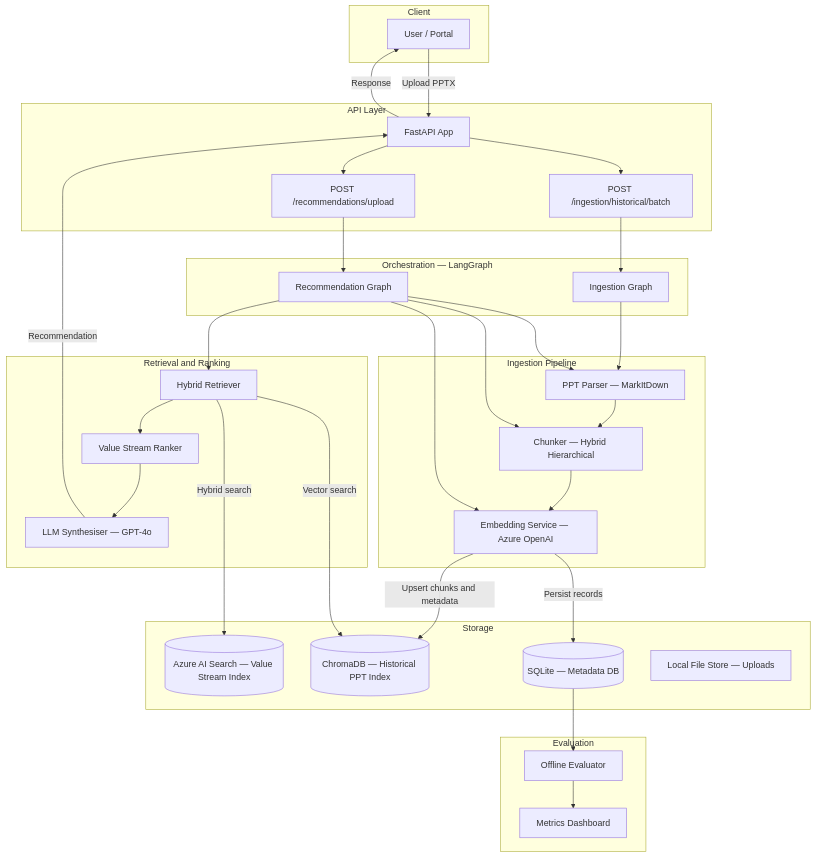
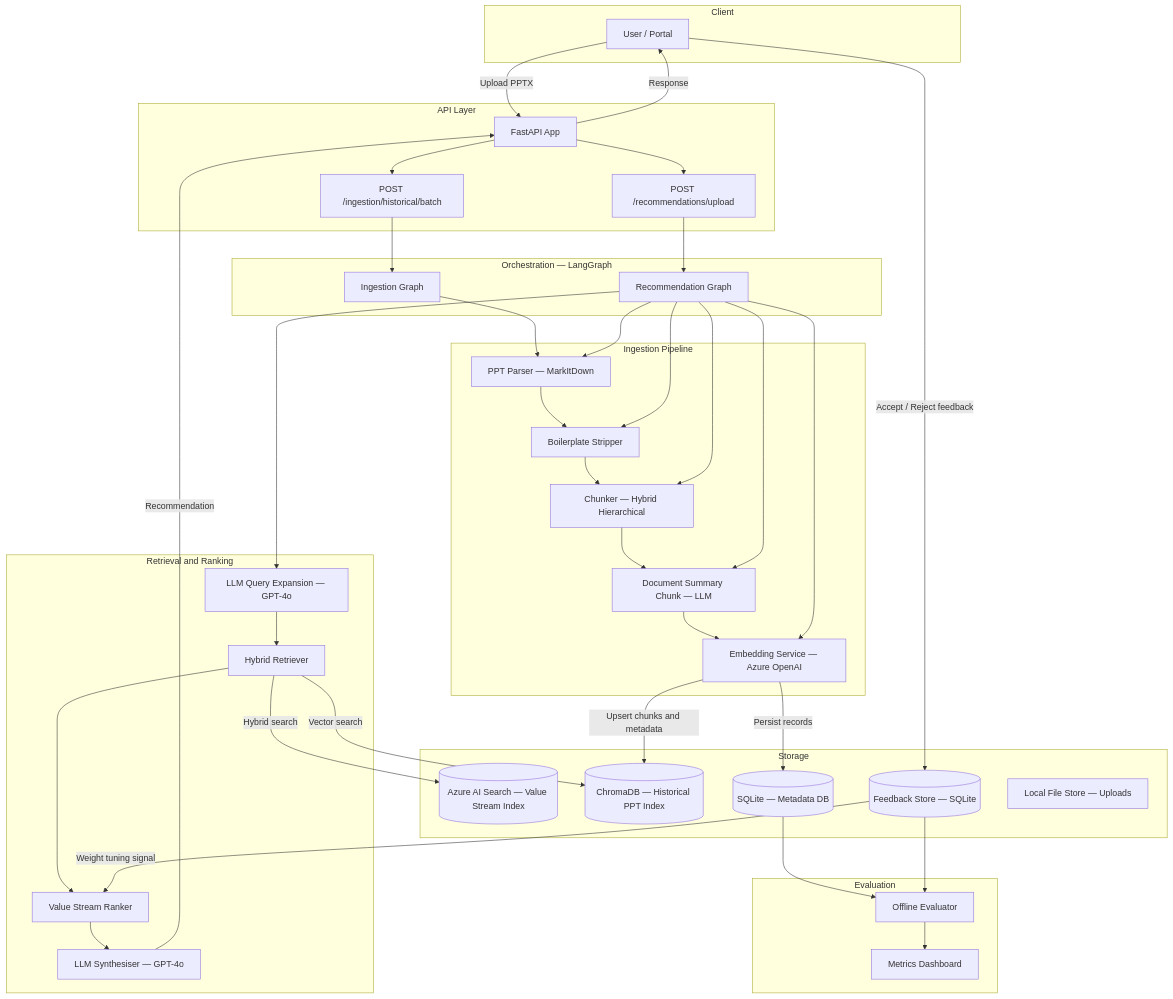
One commit to Soul-Eater69/value-stream-rag changed the first of 8 diagrams in docs/ARCHITECTURE.md. Above: the diagram before and after it, drawn with Mermaid. The commit also changed other lines of this file, not shown here.

First line of the commit message:
docs: incorporate architecture review feedback into ARCHITECTURE.md

````diff
--- a/docs/ARCHITECTURE.md
+++ b/docs/ARCHITECTURE.md
@@ -119,63 +119,72 @@
 ```mermaid
 graph TB
     subgraph Client
         U["User / Portal"]
     end
 
     subgraph API_Layer["API Layer"]
         FA["FastAPI App"]
         RR["POST /recommendations/upload"]
         IR["POST /ingestion/historical/batch"]
     end
 
     subgraph Orchestration_LangGraph["Orchestration — LangGraph"]
         IG["Ingestion Graph"]
         RG["Recommendation Graph"]
     end
 
     subgraph Ingestion_Pipeline["Ingestion Pipeline"]
         PP["PPT Parser — MarkItDown"]
+        PREPROC["Boilerplate Stripper"]
         CH["Chunker — Hybrid Hierarchical"]
+        SUMCHUNK["Document Summary Chunk — LLM"]
         EMB["Embedding Service — Azure OpenAI"]
     end
 
     subgraph Storage
         AZS[("Azure AI Search — Value Stream Index")]
         CDB[("ChromaDB — Historical PPT Index")]
         SDB[("SQLite — Metadata DB")]
+        FB[("Feedback Store — SQLite")]
         FS["Local File Store — Uploads"]
     end
 
     subgraph Retrieval_Ranking["Retrieval and Ranking"]
+        QE["LLM Query Expansion — GPT-4o"]
         HYB["Hybrid Retriever"]
         RNK["Value Stream Ranker"]
         SYN["LLM Synthesiser — GPT-4o"]
     end
 
     subgraph Evaluation
         EVL["Offline Evaluator"]
         DASH["Metrics Dashboard"]
     end
 
     U -->|"Upload PPTX"| FA
     FA --> RR --> RG
     FA --> IR --> IG
 
-    IG --> PP --> CH --> EMB
+    IG --> PP --> PREPROC --> CH --> SUMCHUNK --> EMB
     EMB -->|"Upsert chunks and metadata"| CDB
     EMB -->|"Persist records"| SDB
 
     RG --> PP
+    RG --> PREPROC
     RG --> CH
+    RG --> SUMCHUNK
     RG --> EMB
-    RG --> HYB
+    RG --> QE --> HYB
 
     HYB -->|"Hybrid search"| AZS
     HYB -->|"Vector search"| CDB
     HYB --> RNK --> SYN
 
     SYN -->|"Recommendation"| FA
     FA -->|"Response"| U
+    U -->|"Accept / Reject feedback"| FB
+    FB -->|"Weight tuning signal"| RNK
 
     SDB --> EVL --> DASH
+    FB --> EVL
 ```
````
